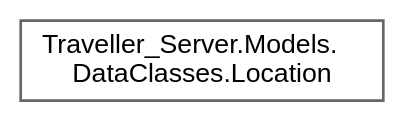
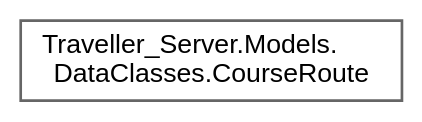
The diagram in Servidor/inherit_graph_30.dot (VenelinArgirov/manual-tecnico.github.io), drawn with Graphviz before and after one commit. The commit also changed 998 other files, not shown here.

```diff
--- a/Servidor/inherit_graph_30.dot
+++ b/Servidor/inherit_graph_30.dot
@@ -1,9 +1,9 @@
 digraph "Graphical Class Hierarchy"
 {
  // LATEX_PDF_SIZE
   bgcolor="transparent";
   edge [fontname=Helvetica,fontsize=10,labelfontname=Helvetica,labelfontsize=10];
   node [fontname=Helvetica,fontsize=10,shape=box,height=0.2,width=0.4];
   rankdir="LR";
-  Node0 [label="Traveller_Server.Models.\lDataClasses.Location",height=0.2,width=0.4,color="grey40", fillcolor="white", style="filled",URL="$class_traveller___server_1_1_models_1_1_data_classes_1_1_location.html",tooltip="Data class that represents a location in the map with latitude and longitude coordinates."];
+  Node0 [label="Traveller_Server.Models.\lDataClasses.CourseRoute",height=0.2,width=0.4,color="grey40", fillcolor="white", style="filled",URL="$class_traveller___server_1_1_models_1_1_data_classes_1_1_course_route.html",tooltip="Data class of a CourseRoute. Represents the connection between a course and a route."];
 }
```
